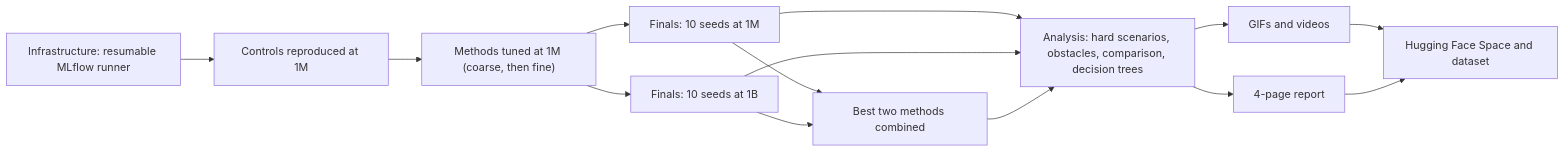
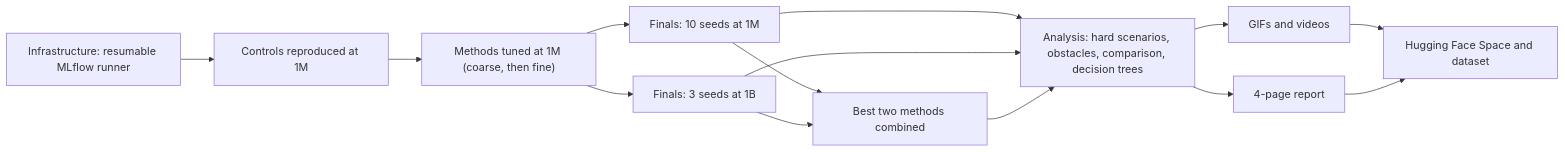
Before and after one commit to Pawlo77/rl-craftmax: the diagram in plans/2026-10-20-craftax-project/2026-10-20-craftax-overview.md, drawn with Mermaid. The commit also changed other lines of this file and 27 other files, not shown here.

````diff
--- a/plans/2026-10-20-craftax-project/2026-10-20-craftax-overview.md
+++ b/plans/2026-10-20-craftax-project/2026-10-20-craftax-overview.md
@@ -44,16 +44,16 @@
 ```mermaid
 flowchart LR
   I["Infrastructure: resumable MLflow runner"] --> C["Controls reproduced at 1M"]
   C --> T["Methods tuned at 1M (coarse, then fine)"]
   T --> F1["Finals: 10 seeds at 1M"]
-  T --> F2["Finals: 10 seeds at 1B"]
+  T --> F2["Finals: 3 seeds at 1B"]
   F1 --> X["Best two methods combined"]
   F2 --> X
   F1 --> A["Analysis: hard scenarios, obstacles, comparison, decision trees"]
   F2 --> A
   X --> A
   A --> V["GIFs and videos"]
   A --> R["4-page report"]
   V --> H["Hugging Face Space and dataset"]
   R --> H
 ```
````
